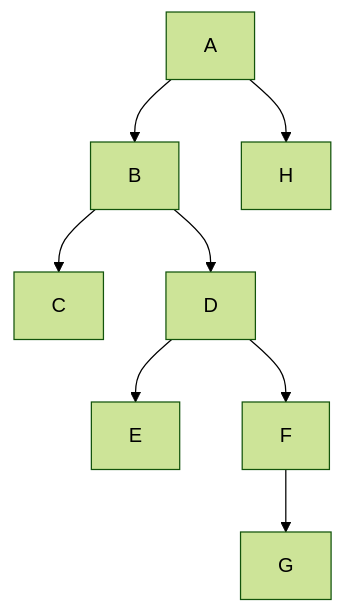
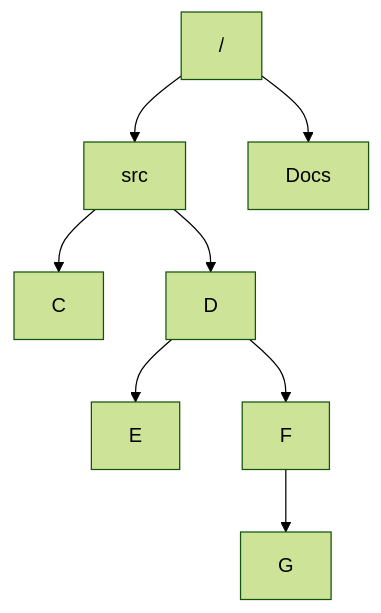
The diagram in README.md (robert-kvam/testing-grounds), drawn with Mermaid (forest theme) before and after one commit.

````diff
--- a/README.md
+++ b/README.md
@@ -3,21 +3,21 @@
 ```mermaid
 graph TD;
-a[A]
-b[B]
+a["/"]
+b[src]
 c[C]
 d[D]
 e[E]
 f[F]
 g[G]
-h[H]
+h[Docs]
 
 a-->b-->c
 
 b-->d-->e
 
 d-->f-->g
 
 a-->h
 
 
 ```
````
